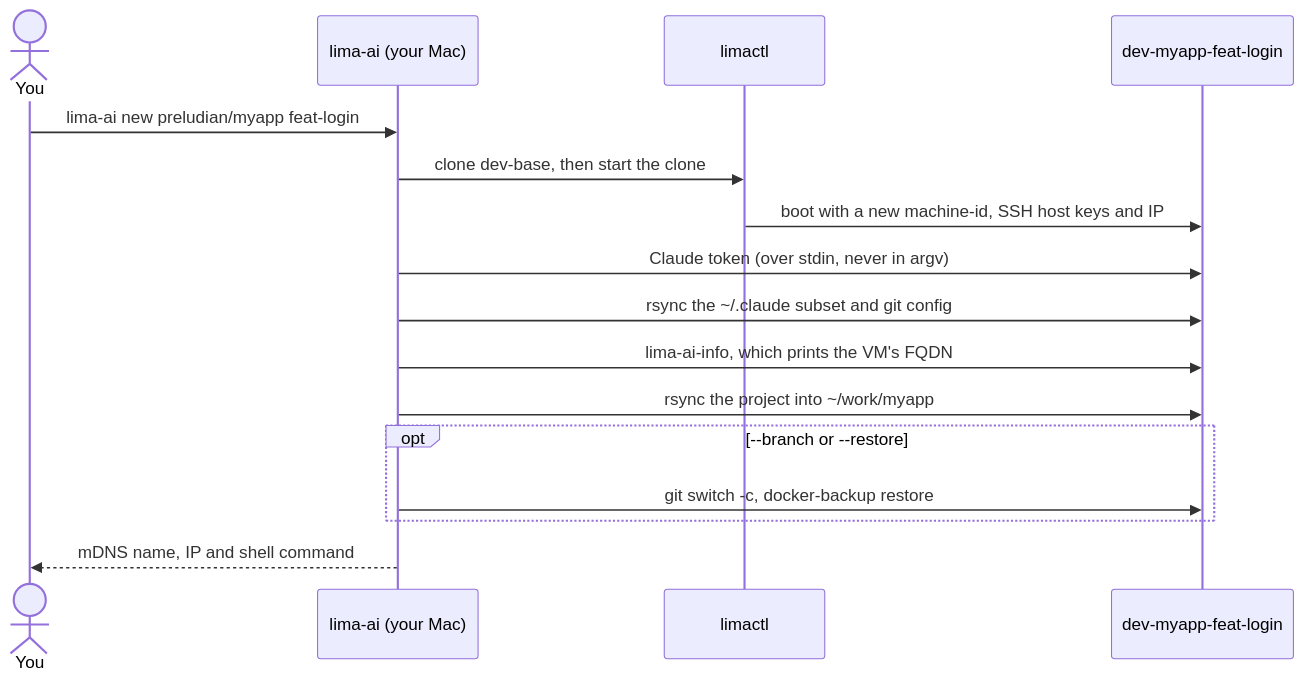
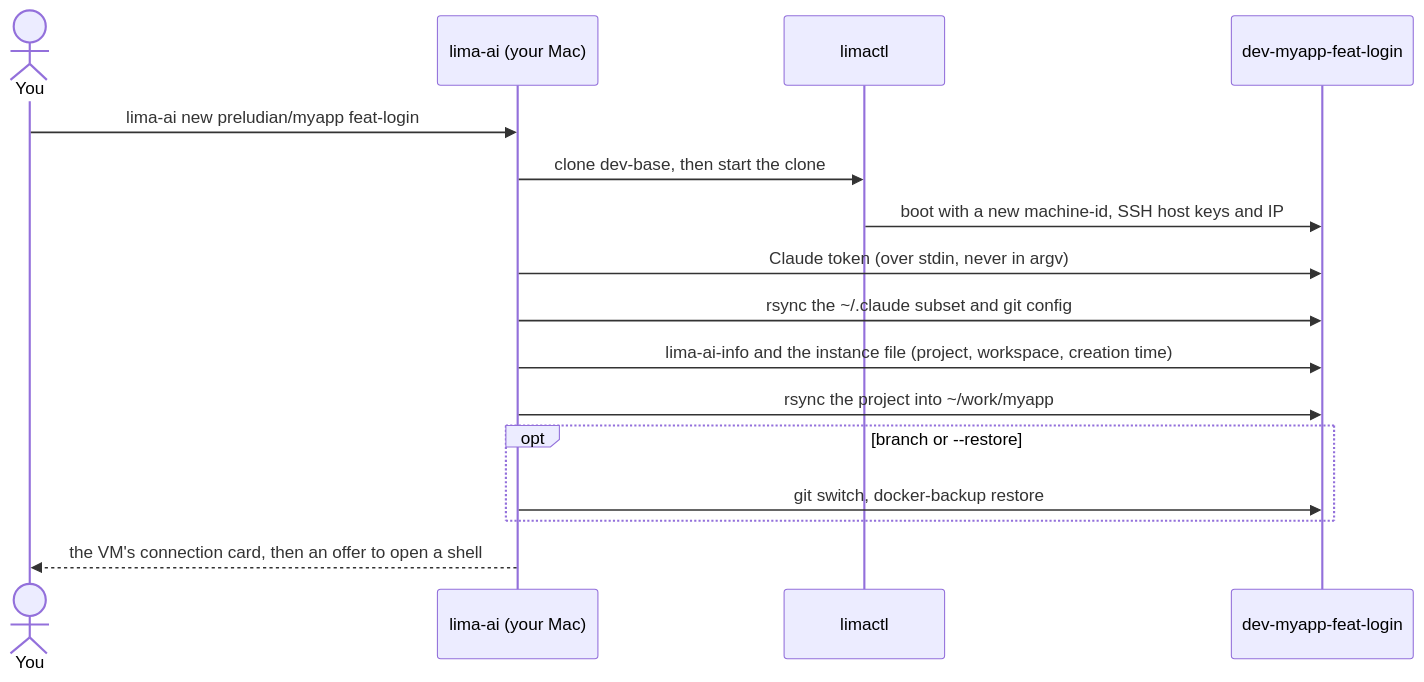
The first of 3 diagrams in docs/manual/docs/index.md (joepreludian/lima-ai), drawn with Mermaid before and after one commit. The commit also changed other lines of this file and 6 other files, not shown here.

Commit message:
docs: describe the interactive new flow, workspaces and the connection card

````diff
--- a/docs/manual/docs/index.md
+++ b/docs/manual/docs/index.md
@@ -28,19 +29,19 @@
 ```mermaid
 sequenceDiagram
     actor You
     participant CLI as lima-ai (your Mac)
     participant Lima as limactl
     participant VM as dev-myapp-feat-login
 
     You->>CLI: lima-ai new preludian/myapp feat-login
     CLI->>Lima: clone dev-base, then start the clone
     Lima->>VM: boot with a new machine-id, SSH host keys and IP
     CLI->>VM: Claude token (over stdin, never in argv)
     CLI->>VM: rsync the ~/.claude subset and git config
-    CLI->>VM: lima-ai-info, which prints the VM's FQDN
+    CLI->>VM: lima-ai-info and the instance file (project, workspace, creation time)
     CLI->>VM: rsync the project into ~/work/myapp
-    opt --branch or --restore
-        CLI->>VM: git switch -c, docker-backup restore
+    opt branch or --restore
+        CLI->>VM: git switch, docker-backup restore
     end
-    CLI-->>You: mDNS name, IP and shell command
+    CLI-->>You: the VM's connection card, then an offer to open a shell
 ```
````
